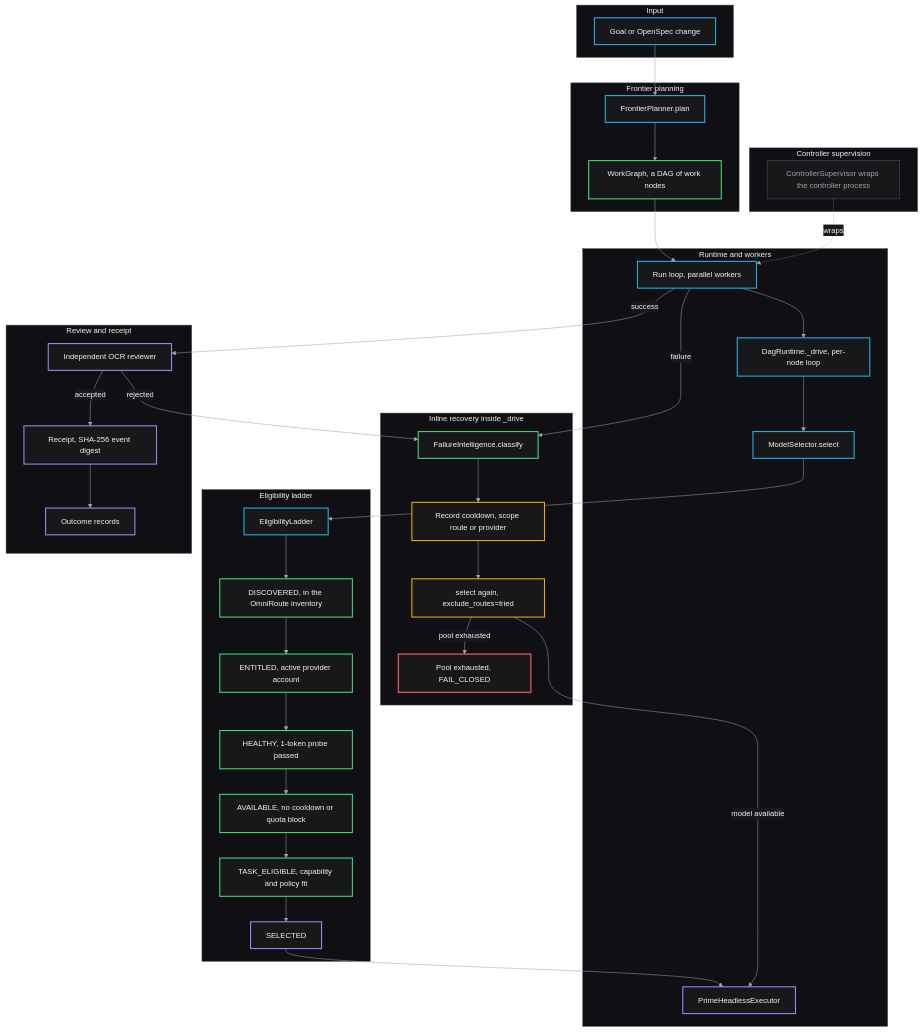
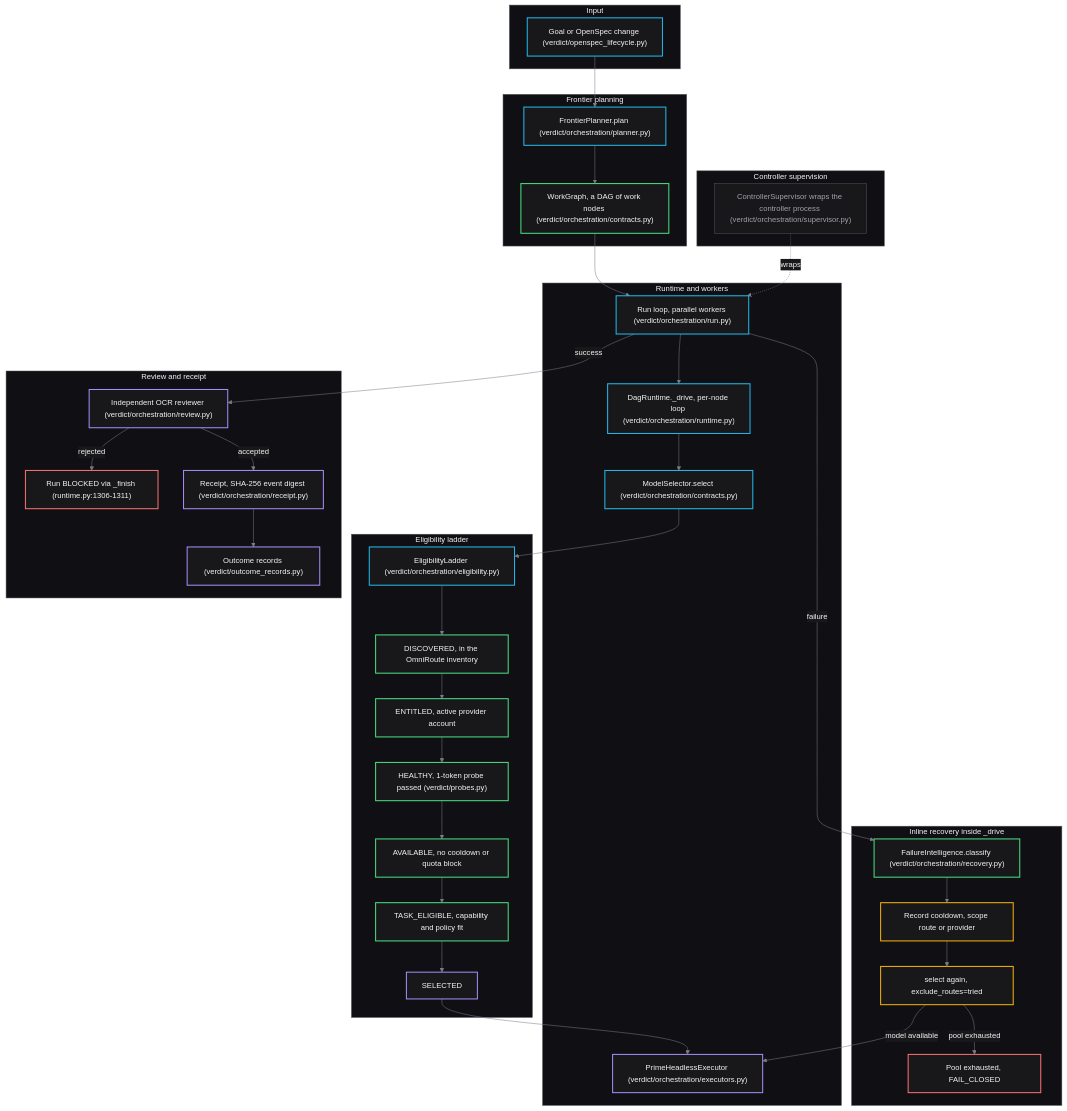
One commit to mrnicholasbcarter-code/verdict-core changed the diagram in diagrams/goal-to-receipt.mmd. Above: the diagram before and after it, drawn with Mermaid. The commit also changed 13 other files, not shown here.

First line of the commit message:
fix(docs): restore diagram path labels and sequence contrast (PR #725)

```diff
--- a/diagrams/goal-to-receipt.mmd
+++ b/diagrams/goal-to-receipt.mmd
@@ -1,95 +1,99 @@
-%% Verdict visual theme. Hex from origin/feat/visual-system-core:verdict/design.py PALETTE
-%% (PR #724). Mermaid base themeVariables cannot name classes, so classDef repeats them.
-%% background #101014  surface #18181b  text #f4f4f5  secondary #a1a1aa  muted #92929e
-%% purple #a78bfa  cyan #22b8eb  success #4ade80  amber #f5b00b  red #f87171  border #52525b
-%%{init: {'theme':'base','themeVariables':{'darkMode':true,'background':'#101014','fontFamily':'ui-sans-serif, system-ui, sans-serif','fontSize':'15px','primaryColor':'#18181b','primaryTextColor':'#f4f4f5','primaryBorderColor':'#52525b','secondaryColor':'#18181b','secondaryTextColor':'#f4f4f5','secondaryBorderColor':'#52525b','tertiaryColor':'#101014','tertiaryTextColor':'#f4f4f5','tertiaryBorderColor':'#52525b','lineColor':'#a1a1aa','textColor':'#f4f4f5','mainBkg':'#18181b','nodeTextColor':'#f4f4f5','nodeBorder':'#52525b','clusterBkg':'#101014','clusterBorder':'#52525b','titleColor':'#f4f4f5','edgeLabelBackground':'#18181b','noteBkgColor':'#18181b','noteTextColor':'#f4f4f5','noteBorderColor':'#52525b','actorBkg':'#18181b','actorBorder':'#a78bfa','actorTextColor':'#f4f4f5','signalColor':'#22b8eb','signalTextColor':'#f4f4f5','labelBoxBkgColor':'#18181b','labelTextColor':'#f4f4f5','activationBkgColor':'#101014','activationBorderColor':'#22b8eb','sequenceNumberColor':'#101014'}}}%%
 %% goal-to-receipt.mmd -- goal to verified receipt
 %% Source (verified against code at this commit):
 %%   verdict/orchestration/planner.py (FrontierPlanner)
 %%   verdict/orchestration/contracts.py (WorkGraph, ModelSelector.select)
 %%   verdict/orchestration/run.py (run loop)
 %%   verdict/orchestration/runtime.py (DagRuntime._drive)
 %%   verdict/orchestration/eligibility.py (EligibilityLadder)
 %%   verdict/probes.py (ProbeRunner)
 %%   verdict/orchestration/executors.py (PrimeHeadlessExecutor)
 %%   verdict/orchestration/recovery.py (FailureIntelligence.classify)
 %%   verdict/orchestration/review.py (OpenCodeReviewer.review)
 %%   verdict/orchestration/receipt.py (build_run_receipt)
 %%   verdict/outcome_records.py (outcome records)
 %%   verdict/orchestration/supervisor.py (ControllerSupervisor)
 %%   verdict/openspec_lifecycle.py (OpenSpec change intake)
+%%   NOTE: a rejected independent review ends the run BLOCKED via DagRuntime._finish
+%%   (runtime.py:1306-1311); it does not re-enter FailureIntelligence.classify.
+%% Verdict visual theme. Hex from verdict/design.py PALETTE:
+%% background #101014  surface #18181b  text #f4f4f5  secondary #a1a1aa  muted #92929e
+%% purple #a78bfa  cyan #22b8eb  success #4ade80  amber #f5b00b  red #f87171  border #52525b
+%% Edges/lines use #7c7c88 (>=3:1 on #ffffff and #0d1117; measured 4.12:1 / 4.59:1).
+%% fontFamily omitted: Mermaid sanitizeDirective drops hyphenated themeVariable values.
+%%{init: {'theme':'base','themeVariables':{'darkMode':true,'background':'#101014','fontSize':'15px','primaryColor':'#18181b','primaryTextColor':'#f4f4f5','primaryBorderColor':'#52525b','secondaryColor':'#18181b','secondaryTextColor':'#f4f4f5','secondaryBorderColor':'#52525b','tertiaryColor':'#101014','tertiaryTextColor':'#f4f4f5','tertiaryBorderColor':'#52525b','lineColor':'#7c7c88','textColor':'#f4f4f5','mainBkg':'#18181b','nodeTextColor':'#f4f4f5','nodeBorder':'#52525b','clusterBkg':'#101014','clusterBorder':'#52525b','titleColor':'#f4f4f5','edgeLabelBackground':'#18181b','noteBkgColor':'#18181b','noteTextColor':'#f4f4f5','noteBorderColor':'#52525b','actorBkg':'#18181b','actorBorder':'#a78bfa','actorTextColor':'#f4f4f5','actorLineColor':'#7c7c88','signalColor':'#7c7c88','signalTextColor':'#f4f4f5','labelBoxBkgColor':'#18181b','labelTextColor':'#f4f4f5','loopTextColor':'#f4f4f5','activationBkgColor':'#101014','activationBorderColor':'#22b8eb','sequenceNumberColor':'#101014'}}}%%
 flowchart TD
     subgraph Input
-        GOAL["Goal or OpenSpec change"]
+        GOAL["Goal or OpenSpec change (verdict/openspec_lifecycle.py)"]
     end
 
     subgraph Planning ["Frontier planning"]
-        PLANNER["FrontierPlanner.plan"]
-        WORKGRAPH["WorkGraph, a DAG of work nodes"]
+        PLANNER["FrontierPlanner.plan (verdict/orchestration/planner.py)"]
+        WORKGRAPH["WorkGraph, a DAG of work nodes (verdict/orchestration/contracts.py)"]
     end
 
     subgraph Execution ["Runtime and workers"]
-        RUN["Run loop, parallel workers"]
-        RUNTIME["DagRuntime._drive, per-node loop"]
-        SELECTOR["ModelSelector.select"]
-        EXECUTORS["PrimeHeadlessExecutor"]
+        RUN["Run loop, parallel workers (verdict/orchestration/run.py)"]
+        RUNTIME["DagRuntime._drive, per-node loop (verdict/orchestration/runtime.py)"]
+        SELECTOR["ModelSelector.select (verdict/orchestration/contracts.py)"]
+        EXECUTORS["PrimeHeadlessExecutor (verdict/orchestration/executors.py)"]
     end
 
     subgraph Eligibility ["Eligibility ladder"]
-        ELIG["EligibilityLadder"]
+        ELIG["EligibilityLadder (verdict/orchestration/eligibility.py)"]
         STAGE_D["DISCOVERED, in the OmniRoute inventory"]
         STAGE_E["ENTITLED, active provider account"]
-        STAGE_H["HEALTHY, 1-token probe passed"]
+        STAGE_H["HEALTHY, 1-token probe passed (verdict/probes.py)"]
         STAGE_A["AVAILABLE, no cooldown or quota block"]
         STAGE_T["TASK_ELIGIBLE, capability and policy fit"]
         STAGE_S["SELECTED"]
     end
 
     subgraph Recovery ["Inline recovery inside _drive"]
-        CLASSIFY["FailureIntelligence.classify"]
+        CLASSIFY["FailureIntelligence.classify (verdict/orchestration/recovery.py)"]
         COOLDOWN["Record cooldown, scope route or provider"]
         RESELECT["select again, exclude_routes=tried"]
         FAILCLOSED["Pool exhausted, FAIL_CLOSED"]
     end
 
     subgraph Verification ["Review and receipt"]
-        REVIEW["Independent OCR reviewer"]
-        RECEIPT["Receipt, SHA-256 event digest"]
-        OUTCOME["Outcome records"]
+        REVIEW["Independent OCR reviewer (verdict/orchestration/review.py)"]
+        RBLOCK["Run BLOCKED via _finish (runtime.py:1306-1311)"]
+        RECEIPT["Receipt, SHA-256 event digest (verdict/orchestration/receipt.py)"]
+        OUTCOME["Outcome records (verdict/outcome_records.py)"]
     end
 
     subgraph Controller ["Controller supervision"]
-        SUP["ControllerSupervisor wraps the controller process"]
+        SUP["ControllerSupervisor wraps the controller process (verdict/orchestration/supervisor.py)"]
     end
 
     GOAL --> PLANNER
     PLANNER --> WORKGRAPH
     WORKGRAPH --> RUN
     RUN --> RUNTIME
     RUNTIME --> SELECTOR
     SELECTOR --> ELIG
     ELIG --> STAGE_D --> STAGE_E --> STAGE_H --> STAGE_A --> STAGE_T --> STAGE_S
     STAGE_S --> EXECUTORS
     RUN -->|success| REVIEW
     RUN -->|failure| CLASSIFY
     CLASSIFY --> COOLDOWN
     COOLDOWN --> RESELECT
     RESELECT -->|model available| EXECUTORS
     RESELECT -->|pool exhausted| FAILCLOSED
     REVIEW -->|accepted| RECEIPT
-    REVIEW -->|rejected| CLASSIFY
+    REVIEW -->|rejected| RBLOCK
     RECEIPT --> OUTCOME
     SUP -.->|wraps| RUN
 
 classDef active fill:#18181b,stroke:#22b8eb,color:#f4f4f5,stroke-width:2px
 classDef selected fill:#18181b,stroke:#a78bfa,color:#f4f4f5,stroke-width:2px
 classDef cooldown fill:#18181b,stroke:#f5b00b,color:#f4f4f5,stroke-width:2px
 classDef failed fill:#18181b,stroke:#f87171,color:#f4f4f5,stroke-width:2px
 classDef validated fill:#18181b,stroke:#4ade80,color:#f4f4f5,stroke-width:2px
 classDef muted fill:#18181b,stroke:#52525b,color:#a1a1aa,stroke-width:1px
 class GOAL,PLANNER,RUN,RUNTIME,SELECTOR,ELIG active
 class STAGE_S,EXECUTORS,REVIEW,RECEIPT,OUTCOME selected
 class COOLDOWN,RESELECT cooldown
-class FAILCLOSED failed
+class FAILCLOSED,RBLOCK failed
 class STAGE_D,STAGE_E,STAGE_H,STAGE_A,STAGE_T,WORKGRAPH,CLASSIFY validated
 class SUP muted
```
